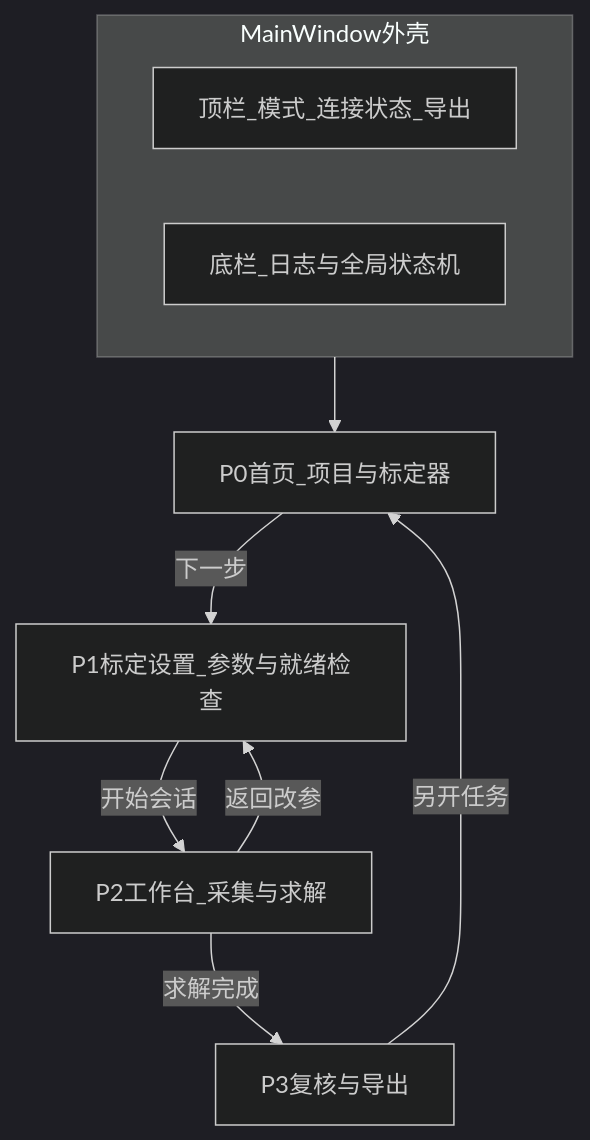
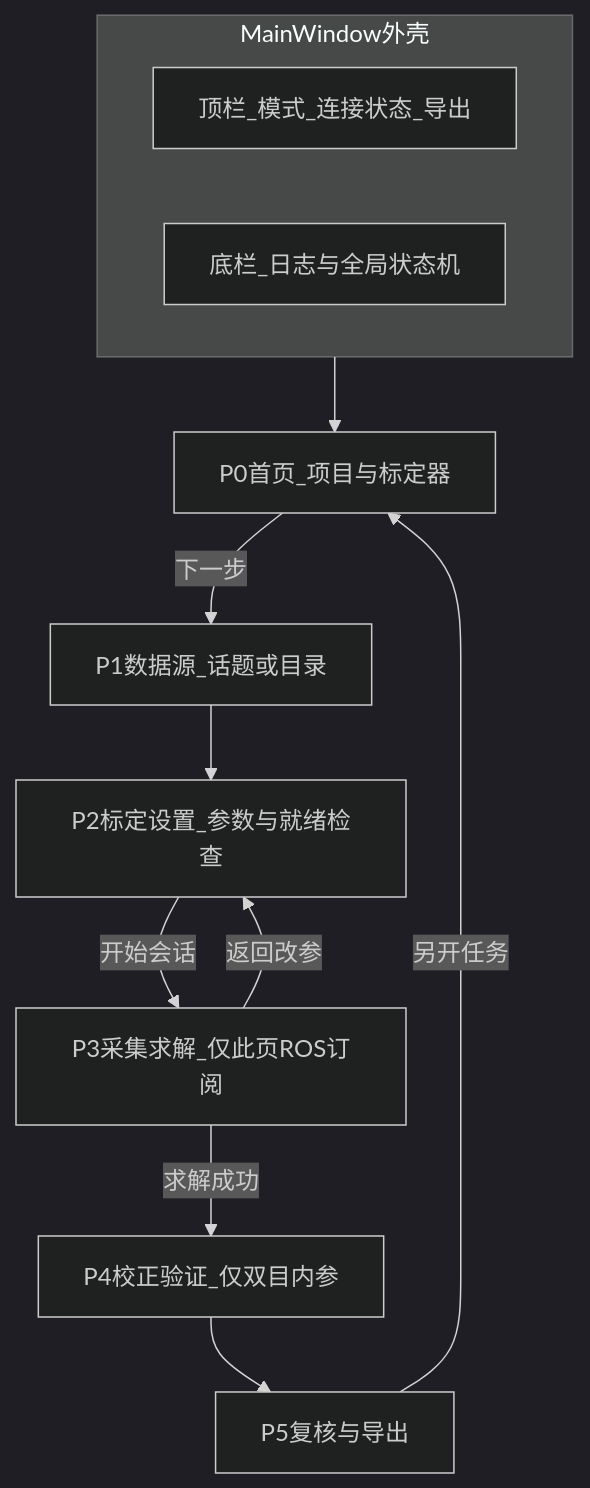
Before and after one commit to xulinhua/testCode: the first of 2 diagrams in simulation/src/hs_calib_suite/docs/UI_CONCEPT.md, drawn with Mermaid (dark theme). The commit also changed other lines of this file and 33 other files, not shown here.

````diff
--- a/simulation/src/hs_calib_suite/docs/UI_CONCEPT.md
+++ b/simulation/src/hs_calib_suite/docs/UI_CONCEPT.md
@@ -26,19 +30,23 @@
 ```mermaid
 flowchart TB
   subgraph shell [MainWindow外壳]
     TopBar[顶栏_模式_连接状态_导出]
     StatusBar[底栏_日志与全局状态机]
   end
 
   Home[P0首页_项目与标定器]
-  Setup[P1标定设置_参数与就绪检查]
-  Work[P2工作台_采集与求解]
-  Review[P3复核与导出]
+  DataSrc[P1数据源_话题或目录]
+  Setup[P2标定设置_参数与就绪检查]
+  Work[P3采集求解_仅此页ROS订阅]
+  Rectify[P4校正验证_仅双目内参]
+  Review[P5复核与导出]
 
   shell --> Home
-  Home -->|下一步| Setup
+  Home -->|下一步| DataSrc
+  DataSrc --> Setup
   Setup -->|开始会话| Work
-  Work -->|求解完成| Review
+  Work -->|求解成功| Rectify
+  Rectify --> Review
   Review -->|另开任务| Home
   Work -->|返回改参| Setup
 ```
````
